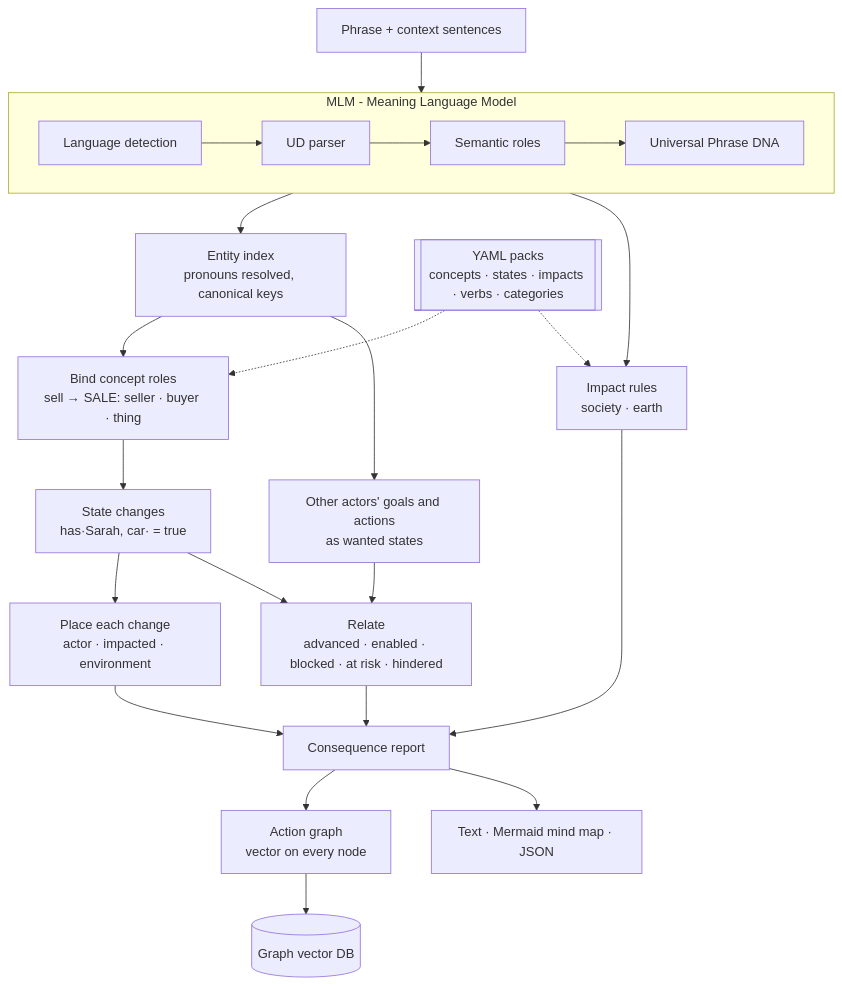
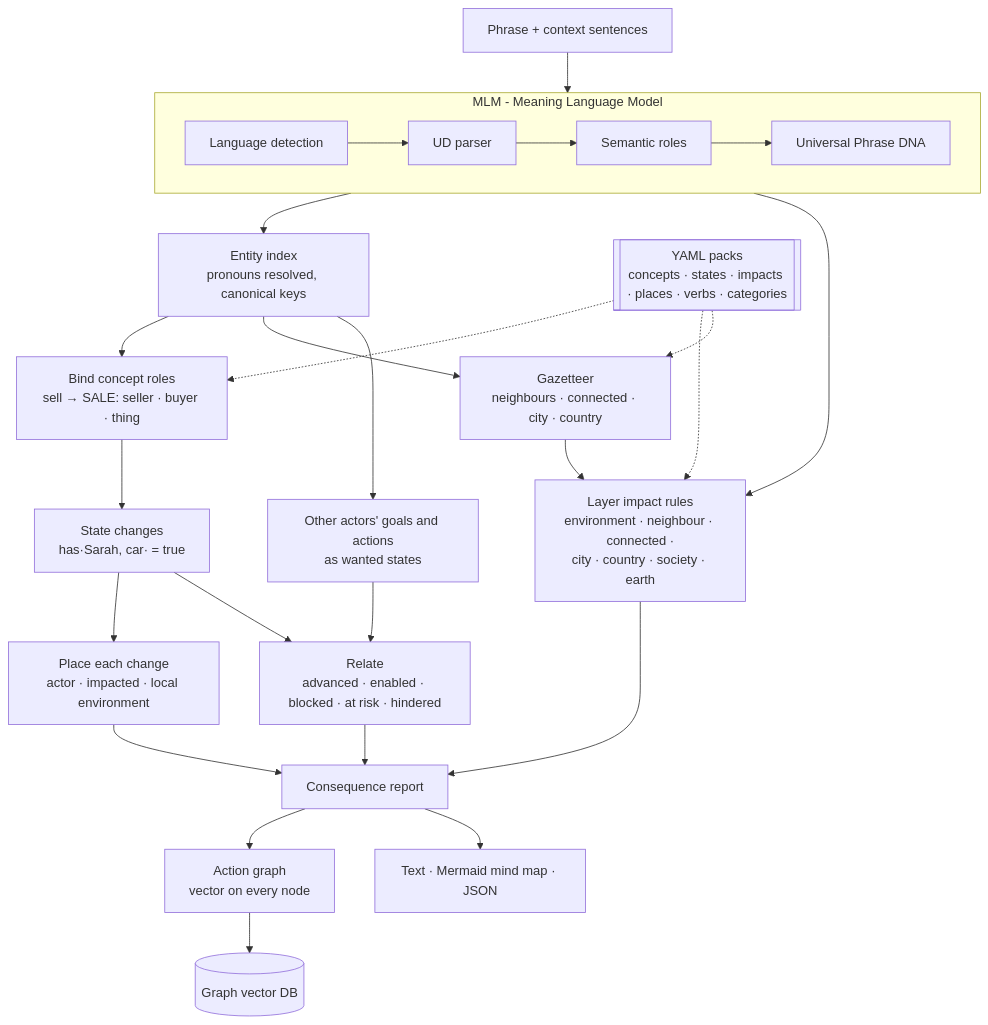
The third of 13 diagrams in README.md (Sherlock2019/ACM), drawn with Mermaid before and after one commit. The commit also changed other lines of this file and 11 other files, not shown here.

First line of the commit message:
Add environment consequence layers and start.sh launcher

````diff
--- a/README.md
+++ b/README.md
@@ -143,28 +207,31 @@
 ```mermaid
 flowchart TD
   IN[Phrase + context sentences] --> MLM
 
   subgraph MLM["MLM - Meaning Language Model"]
     direction LR
     LD[Language detection] --> PAR[UD parser] --> SR[Semantic roles] --> DNA[Universal Phrase DNA]
   end
 
   DNA --> ENT[Entity index<br/>pronouns resolved, canonical keys]
   ENT --> BIND[Bind concept roles<br/>sell → SALE: seller · buyer · thing]
   BIND --> FACTS[State changes<br/>has·Sarah, car· = true]
-  FACTS --> PLACE[Place each change<br/>actor · impacted · environment]
-  DNA --> IMP[Impact rules<br/>society · earth]
+  FACTS --> PLACE[Place each change<br/>actor · impacted · local environment]
+  ENT --> GEO[Gazetteer<br/>neighbours · connected · city · country]
+  GEO --> IMP
+  DNA --> IMP[Layer impact rules<br/>environment · neighbour · connected ·<br/>city · country · society · earth]
   ENT --> INT[Other actors' goals and actions<br/>as wanted states]
   FACTS --> REL[Relate<br/>advanced · enabled · blocked · at risk · hindered]
   INT --> REL
 
   PLACE --> REP[Consequence report]
   IMP --> REP
   REL --> REP
   REP --> GRAPH[Action graph<br/>vector on every node]
   GRAPH --> DB[(Graph vector DB)]
   REP --> OUT[Text · Mermaid mind map · JSON]
 
-  PACKS[[YAML packs<br/>concepts · states · impacts · verbs · categories]] -.-> BIND
+  PACKS[[YAML packs<br/>concepts · states · impacts · places · verbs · categories]] -.-> BIND
   PACKS -.-> IMP
+  PACKS -.-> GEO
 ```
````
